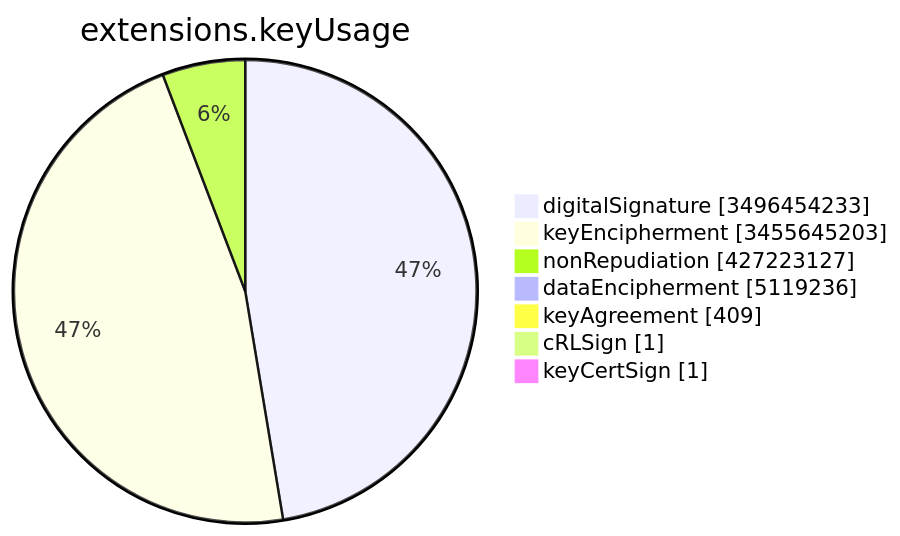
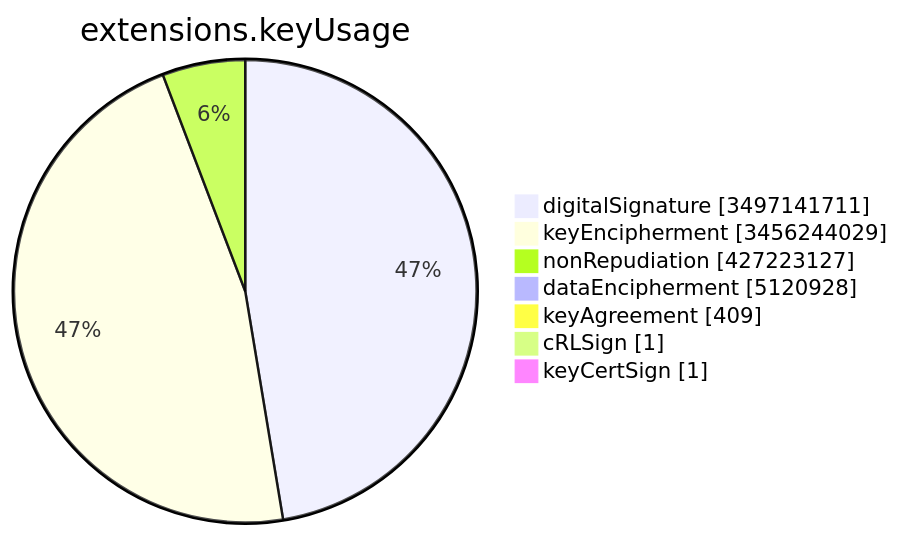
One commit to christiankrug/ctmonitor_visualization changed the sixth of 15 diagrams in TOTAL/README.md. Above: the diagram before and after it, drawn with Mermaid. The commit also changed other lines of this file, not shown here.

````diff
--- a/TOTAL/README.md
+++ b/TOTAL/README.md
@@ -3083,11 +3083,11 @@
 ```mermaid
 pie showData
 title extensions.keyUsage
-"digitalSignature" :3496454233
-"keyEncipherment" :3455645203
+"digitalSignature" :3497141711
+"keyEncipherment" :3456244029
 "nonRepudiation" :427223127
-"dataEncipherment" :5119236
+"dataEncipherment" :5120928
 "keyAgreement" :409
 "cRLSign" :1
 "keyCertSign" :1
 ```
````
